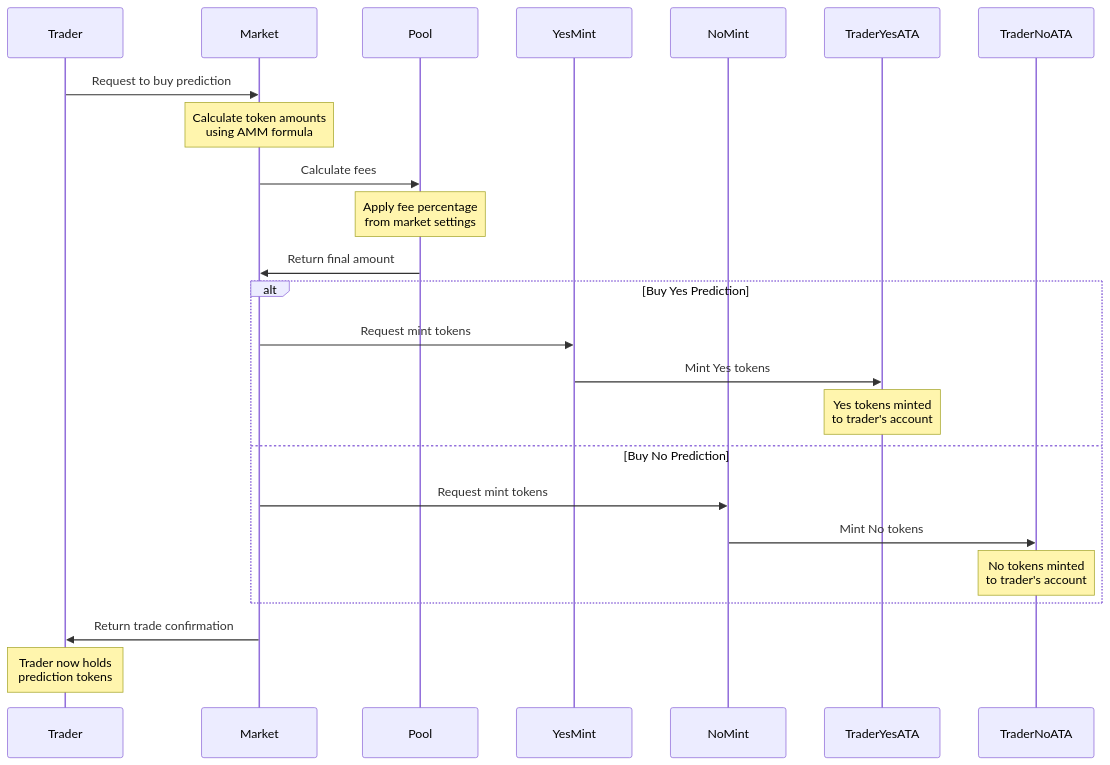
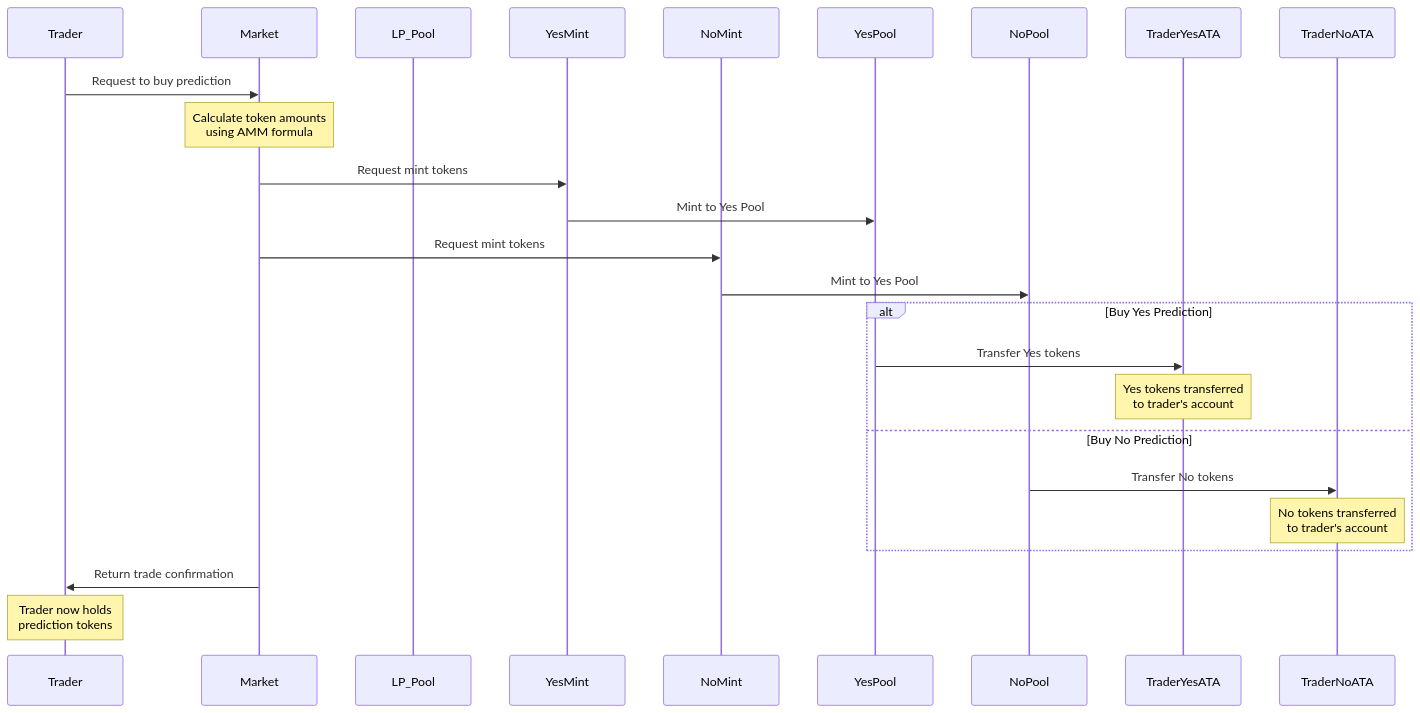
Before and after one commit to solana-turbin3/Q1_25_Builder_santy311: the fourth of 6 diagrams in capstone/architecture.md, drawn with Mermaid. The commit also changed other lines of this file, not shown here.

````diff
--- a/capstone/architecture.md
+++ b/capstone/architecture.md
@@ -175,31 +177,31 @@
 ```mermaid
 sequenceDiagram
     participant Trader
     participant Market
-    participant Pool
+    participant LP_Pool
     participant YesMint
     participant NoMint
+    participant YesPool
+    participant NoPool
     participant TraderYesATA
     participant TraderNoATA
 
     Trader->>Market: Request to buy prediction
     Note over Market: Calculate token amounts<br/>using AMM formula
 
-    Market->>Pool: Calculate fees
-    Note over Pool: Apply fee percentage<br/>from market settings
-
-    Pool->>Market: Return final amount
+    Market->>YesMint: Request mint tokens
+    YesMint->>YesPool: Mint to Yes Pool
+    Market->>NoMint: Request mint tokens
+    NoMint->>NoPool: Mint to Yes Pool
 
     alt Buy Yes Prediction
-        Market->>YesMint: Request mint tokens
-        YesMint->>TraderYesATA: Mint Yes tokens
-        Note over TraderYesATA: Yes tokens minted<br/>to trader's account
+        YesPool->>TraderYesATA: Transfer Yes tokens
+        Note over TraderYesATA: Yes tokens transferred<br/>to trader's account
     else Buy No Prediction
-        Market->>NoMint: Request mint tokens
-        NoMint->>TraderNoATA: Mint No tokens
-        Note over TraderNoATA: No tokens minted<br/>to trader's account
+        NoPool->>TraderNoATA: Transfer No tokens
+        Note over TraderNoATA: No tokens transferred<br/>to trader's account
     end
 
     Market->>Trader: Return trade confirmation
     Note over Trader: Trader now holds<br/>prediction tokens
 ```
````
